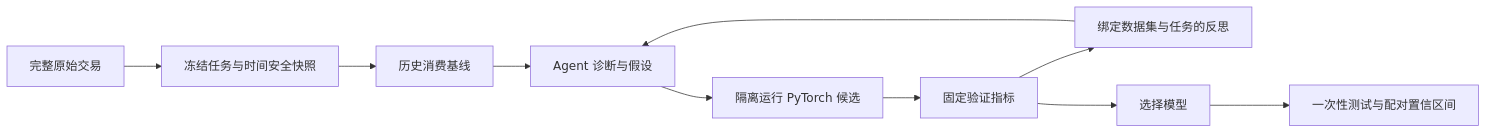
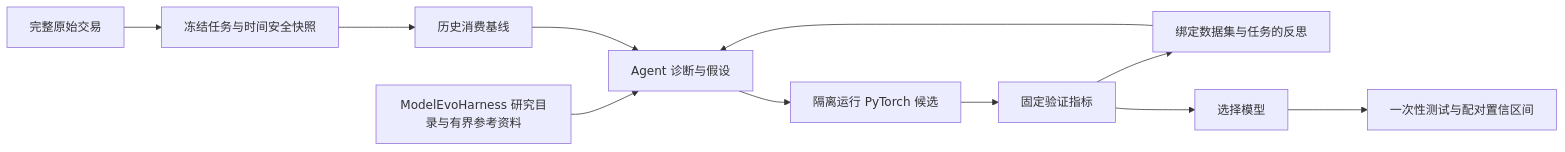
The diagram in README.zh-CN.md (CharlesXu-HQ/LTVEvo), drawn with Mermaid before and after one commit. The commit also changed other lines of this file and 14 other files, not shown here.

Commit message:
feat: integrate pinned ModelEvoHarness research layer

````diff
--- a/README.zh-CN.md
+++ b/README.zh-CN.md
@@ -15,12 +15,13 @@
 ```mermaid
 flowchart LR
     A[完整原始交易] --> B[冻结任务与时间安全快照]
     B --> C[历史消费基线]
-    C --> D[Agent 诊断与假设]
+    M[ModelEvoHarness 研究目录与有界参考资料] --> D[Agent 诊断与假设]
+    C --> D
     D --> E[隔离运行 PyTorch 候选]
     E --> F[固定验证指标]
     F --> G[绑定数据集与任务的反思]
     G --> D
     F --> H[选择模型]
     H --> I[一次性测试与配对置信区间]
 ```
````
